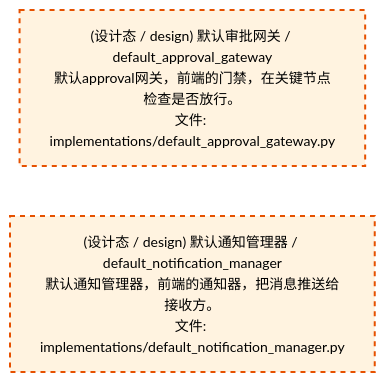
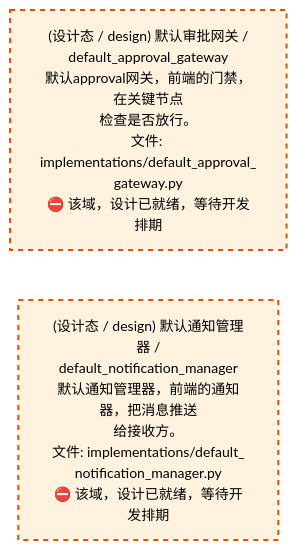
The third of 4 diagrams in docs/02_enterprise_architecture/02_domain_architecture_docs/47_d_frontend.md (xuanFelixVan/ZephyrAlpha), drawn with Mermaid before and after one commit. The commit also changed other lines of this file and 59 other files, not shown here.

````diff
--- a/docs/02_enterprise_architecture/02_domain_architecture_docs/47_d_frontend.md
+++ b/docs/02_enterprise_architecture/02_domain_architecture_docs/47_d_frontend.md
@@ -177,12 +177,12 @@
 ```mermaid
 %%{init: {'theme': 'base', 'themeVariables': {'primaryColor': '#eaeaea', 'primaryTextColor': '#333333', 'primaryBorderColor': '#666666', 'lineColor': '#666666', 'secondaryColor': '#eaeaea', 'tertiaryColor': '#eaeaea', 'fontSize': '14px'}}}%%
 flowchart TD
-    src_zephyr_frontend_implementations_default_approval_gateway_py["(设计态 / design) 默认审批网关 / default_approval_gateway<br/>默认approval网关，前端的门禁，在关键节点检查是否放行。<br/>文件: implementations/default_approval_gateway.py"]
-    src_zephyr_frontend_implementations_default_notification_manager_py["(设计态 / design) 默认通知管理器 / default_notification_manager<br/>默认通知管理器，前端的通知器，把消息推送给接收方。<br/>文件: implementations/default_notification_manager.py"]
+    src_zephyr_frontend_implementations_default_approval_gateway_py["(设计态 / design) 默认审批网关 /<br/>default_approval_gateway<br/>默认approval网关，前端的门禁，在关键节点<br/>检查是否放行。<br/>文件: implementations/default_approval_<br/>gateway.py<br/>⛔ 该域，设计已就绪，等待开发排期"]
+    src_zephyr_frontend_implementations_default_notification_manager_py["(设计态 / design) 默认通知管理器 /<br/>default_notification_manager<br/>默认通知管理器，前端的通知器，把消息推送<br/>给接收方。<br/>文件: implementations/default_<br/>notification_manager.py<br/>⛔ 该域，设计已就绪，等待开发排期"]
     src_zephyr_frontend_implementations_default_approval_gateway_py ~~~ src_zephyr_frontend_implementations_default_notification_manager_py
     classDef production fill:#e1f5fe,stroke:#01579b,stroke-width:2px,color:#000
     classDef design fill:#fff3e0,stroke:#e65100,stroke-width:2px,color:#000,stroke-dasharray: 5 5
     classDef external_prod fill:#e8f4fd,stroke:#0277bd,stroke-width:1px,color:#000
     classDef external_design fill:#fff8e7,stroke:#ef6c00,stroke-width:1px,color:#000,stroke-dasharray: 5 5
     class src_zephyr_frontend_implementations_default_approval_gateway_py,src_zephyr_frontend_implementations_default_notification_manager_py design
 ```
````
